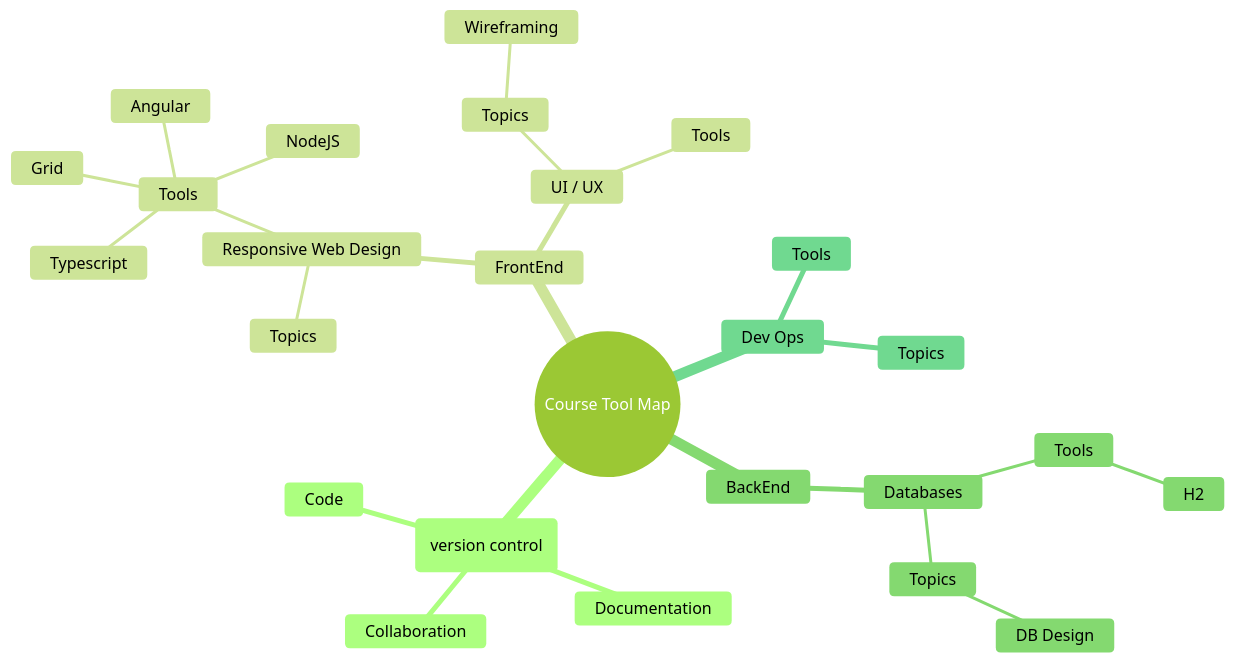
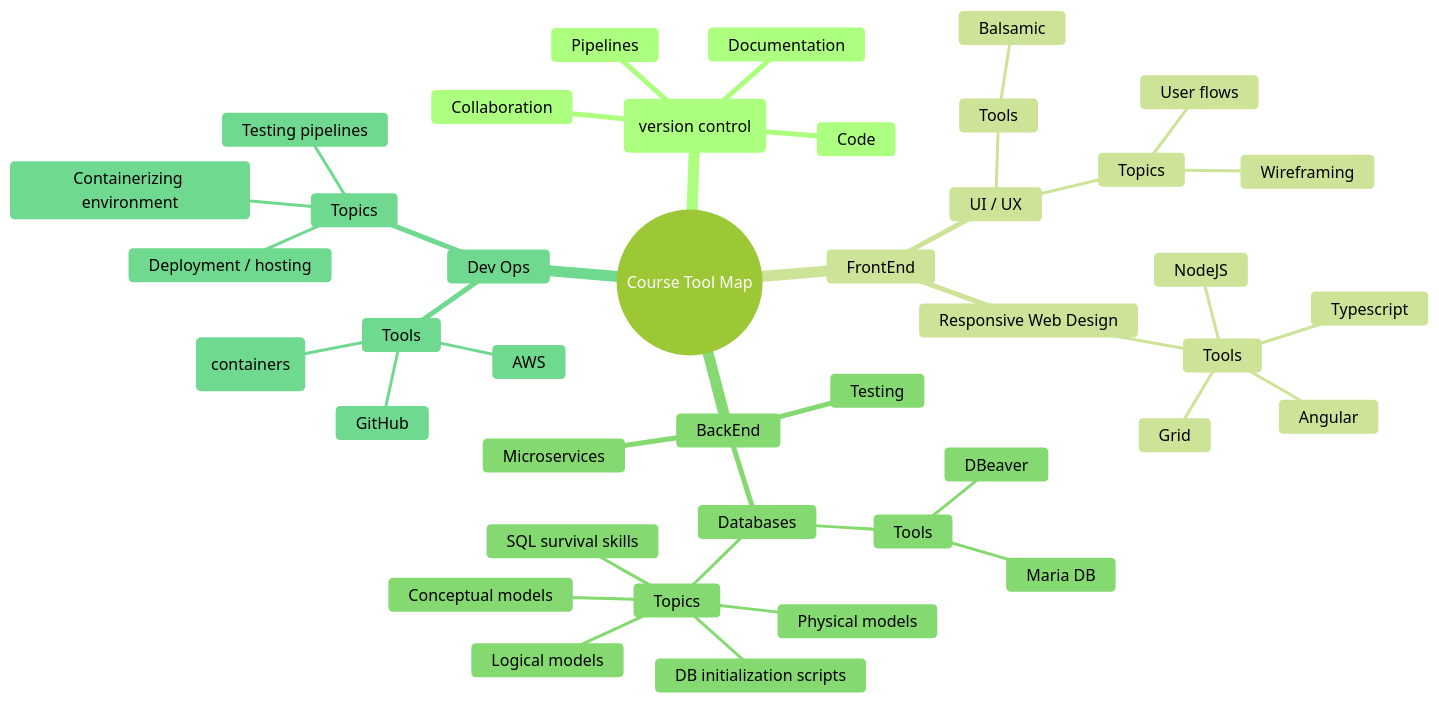
One commit to pattonsgirl/CS3900-AppSoftwareDev changed the diagram in toolmap.md. Above: the diagram before and after it, drawn with Mermaid (forest theme).

Commit message:
updating for accuracy - TODO Microservices

````diff
--- a/toolmap.md
+++ b/toolmap.md
@@ -1,29 +1,44 @@
 ```mermaid
 mindmap
   root((Course Tool Map))
     GitHub (version control)
       Documentation
       Collaboration
       Code
+      Pipelines
     FrontEnd
       UI / UX
         Tools
+          Balsamic
         Topics
+          User flows
           Wireframing
       Responsive Web Design
         Tools
           Angular
           Grid
           Typescript
           NodeJS
-        Topics
     BackEnd
       Databases
         Tools
-          H2
+          Maria DB
+          DBeaver
         Topics
-          DB Design
+          Conceptual models
+          Logical models
+          Physical models
+          DB initialization scripts
+          SQL survival skills
+      Microservices
+      Testing
     Dev Ops
         Tools
+          GitHub
+          Docker (containers)
+          AWS
         Topics
+          Containerizing environment
+          Testing pipelines
+          Deployment / hosting
 ```
````
